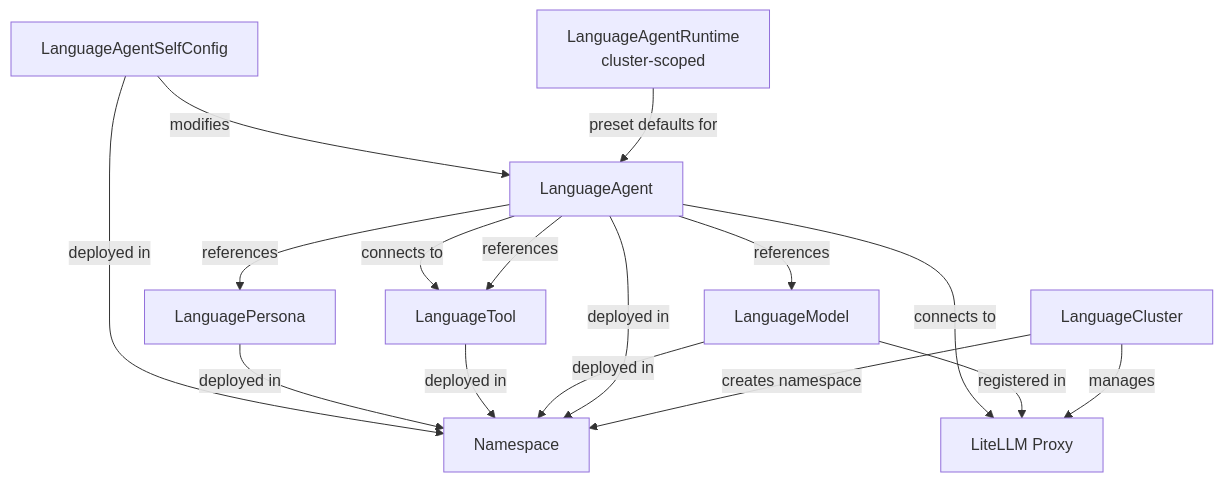
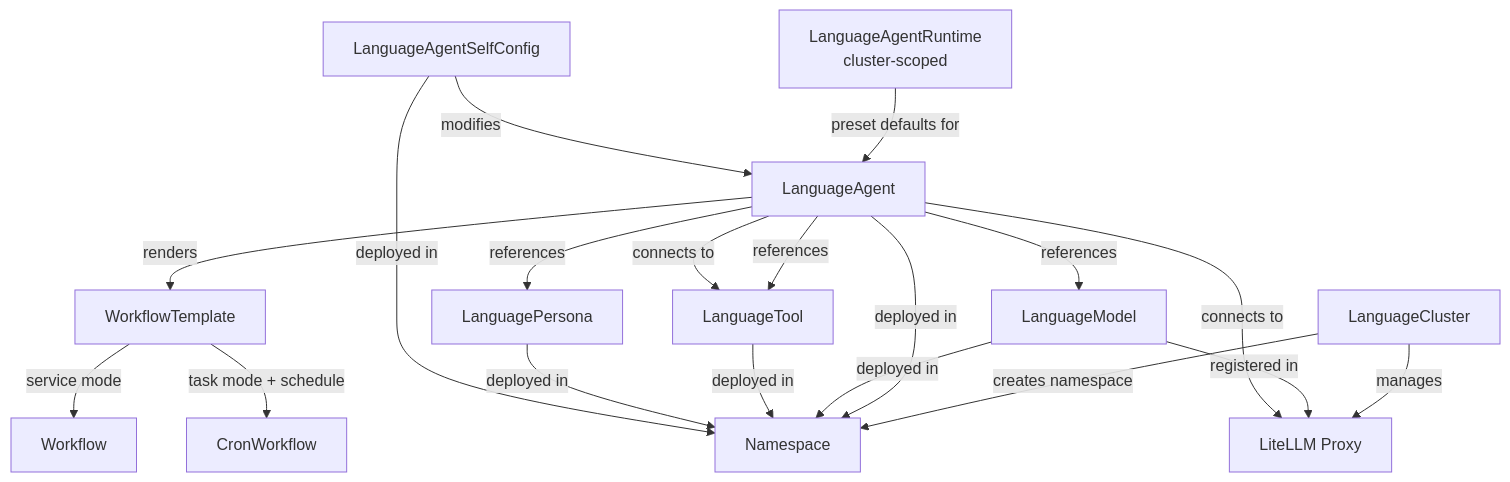
The diagram in docs/api/overview.md (language-operator/language-operator), drawn with Mermaid before and after one commit. The commit also changed other lines of this file and 90 other files, not shown here.

````diff
--- a/docs/api/overview.md
+++ b/docs/api/overview.md
@@ -166,23 +169,26 @@
 ```mermaid
 graph TD
     Runtime[LanguageAgentRuntime\ncluster-scoped] -->|preset defaults for| Agent
 
     Cluster[LanguageCluster] -->|creates namespace| NS[Namespace]
     Cluster -->|manages| Proxy[LiteLLM Proxy]
 
     Agent[LanguageAgent] -->|deployed in| NS
+    Agent -->|renders| WFT[WorkflowTemplate]
+    WFT -->|service mode| WF[Workflow]
+    WFT -->|task mode + schedule| CWF[CronWorkflow]
     Model[LanguageModel] -->|deployed in| NS
     Tool[LanguageTool] -->|deployed in| NS
     Persona[LanguagePersona] -->|deployed in| NS
     SelfConfig[LanguageAgentSelfConfig] -->|deployed in| NS
 
     Agent -->|references| Model
     Agent -->|references| Tool
     Agent -->|references| Persona
 
     Model -->|registered in| Proxy
 
     Agent -->|connects to| Proxy
     Agent -->|connects to| Tool
     SelfConfig -->|modifies| Agent
 ```
````
